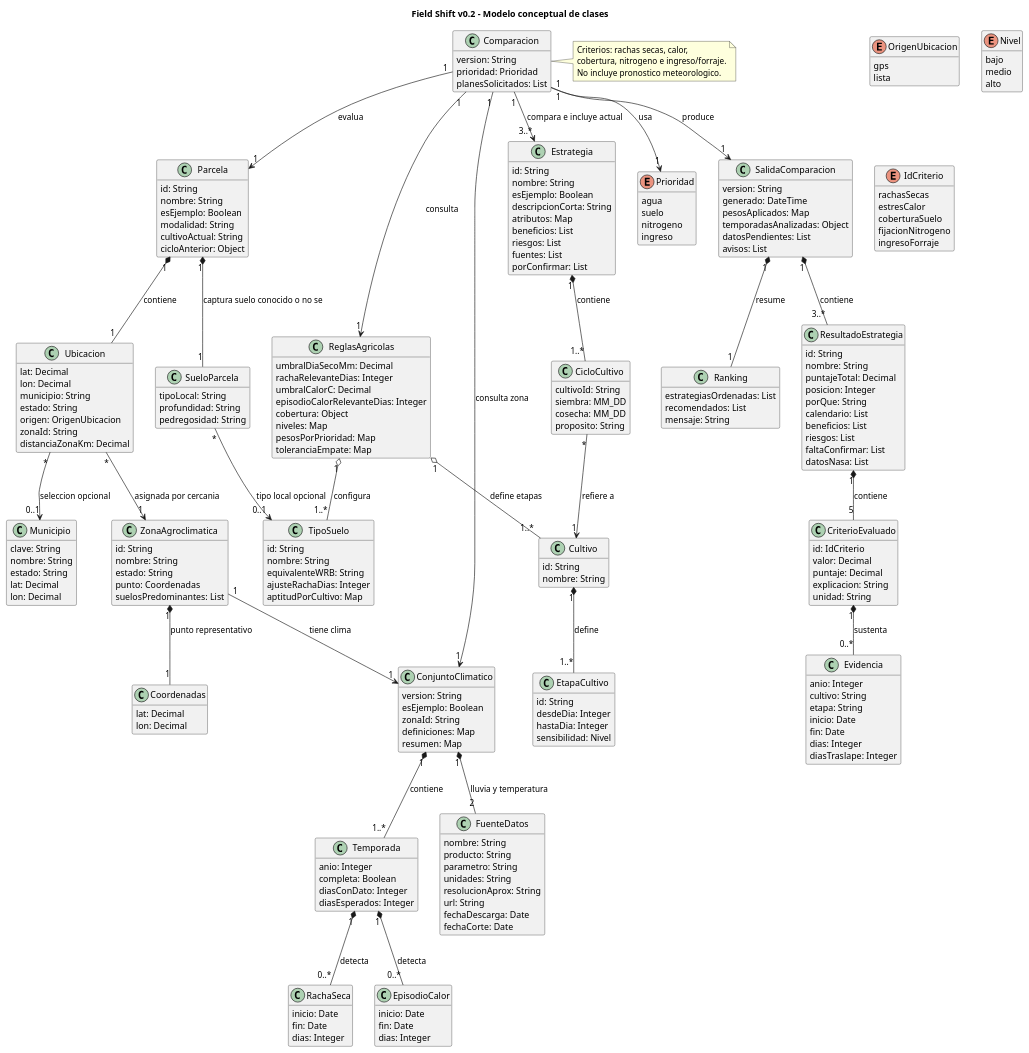
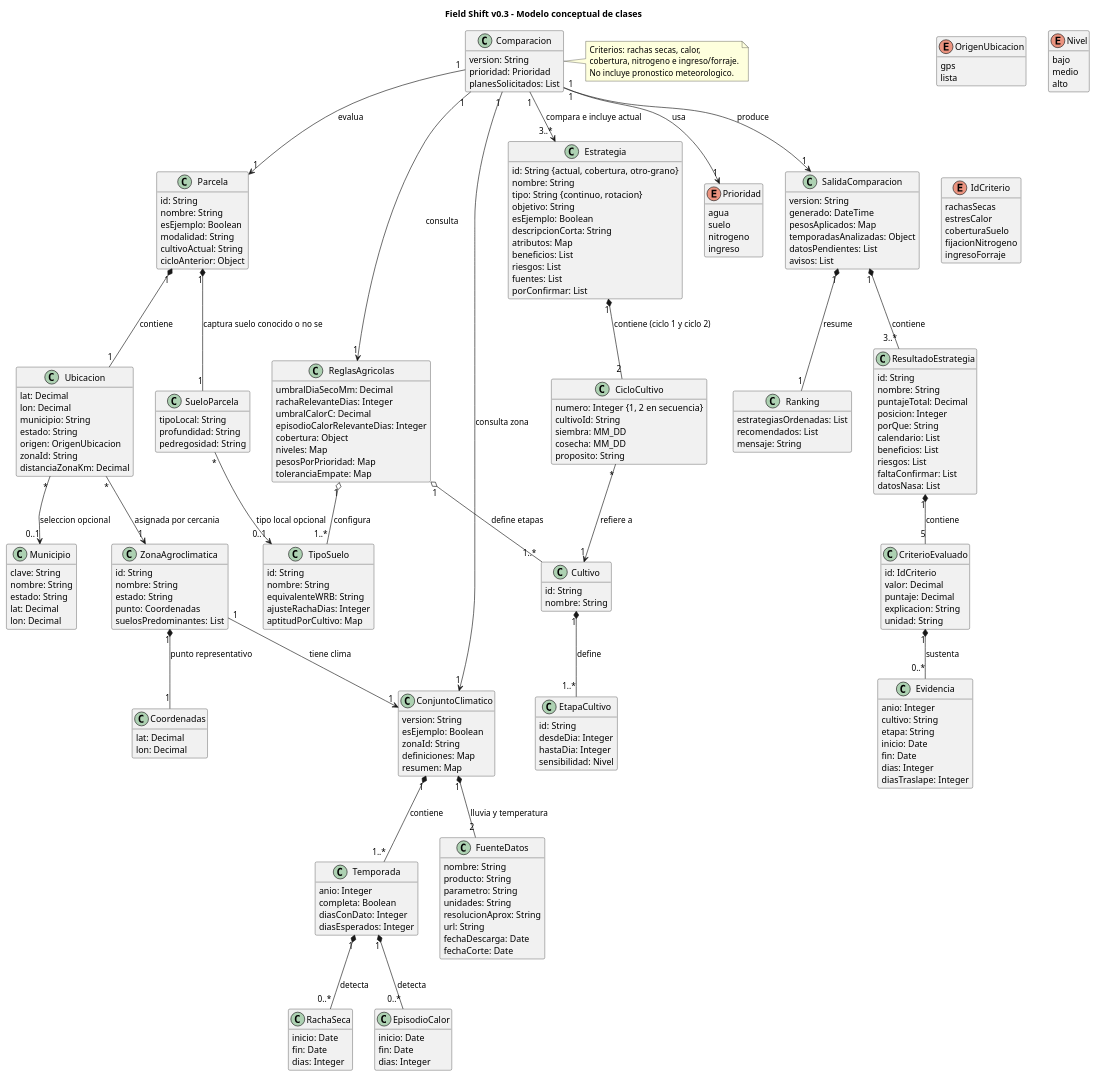
The diagram in docs/diagramas/clases-field-shift.puml (frediab1999-svg/jaibaSpace-Field-Shift-Adapting-Farms-with-NASA-Data-), drawn with PlantUML before and after one commit. The commit also changed 12 other files, not shown here.

```diff
--- a/docs/diagramas/clases-field-shift.puml
+++ b/docs/diagramas/clases-field-shift.puml
@@ -1,5 +1,5 @@
 @startuml
-title Field Shift v0.2 - Modelo conceptual de clases
+title Field Shift v0.3 - Modelo conceptual de clases
 hide methods
 skinparam classAttributeIconSize 0
 
@@ -70,8 +70,10 @@
 }
 
 class Estrategia {
-  id: String
+  id: String {actual, cobertura, otro-grano}
   nombre: String
+  tipo: String {continuo, rotacion}
+  objetivo: String
   esEjemplo: Boolean
   descripcionCorta: String
   atributos: Map
@@ -82,6 +84,7 @@
 }
 
 class CicloCultivo {
+  numero: Integer {1, 2 en secuencia}
   cultivoId: String
   siembra: MM_DD
   cosecha: MM_DD
@@ -226,7 +229,7 @@
 Temporada "1" *-- "0..*" RachaSeca : detecta
 Temporada "1" *-- "0..*" EpisodioCalor : detecta
 ConjuntoClimatico "1" *-- "2" FuenteDatos : lluvia y temperatura
-Estrategia "1" *-- "1..*" CicloCultivo : contiene
+Estrategia "1" *-- "2" CicloCultivo : contiene (ciclo 1 y ciclo 2)
 CicloCultivo "*" --> "1" Cultivo : refiere a
 Cultivo "1" *-- "1..*" EtapaCultivo : define
 ReglasAgricolas "1" o-- "1..*" TipoSuelo : configura
```
